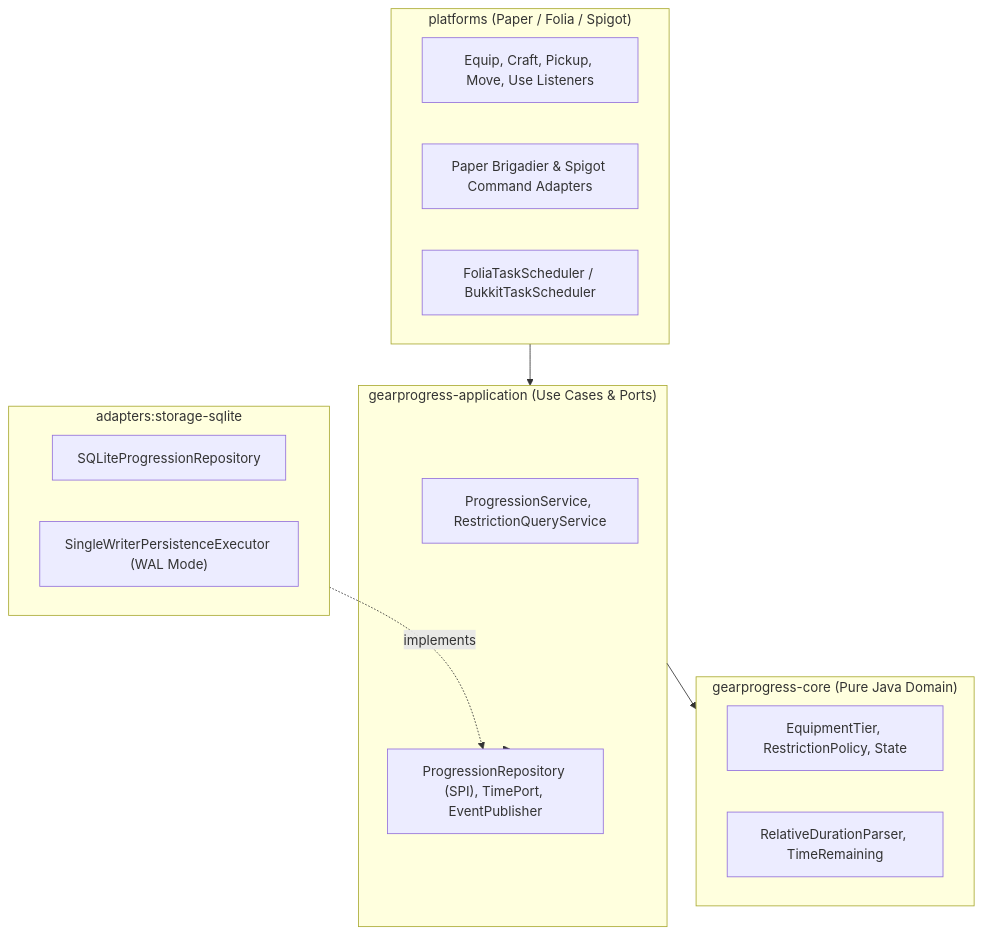
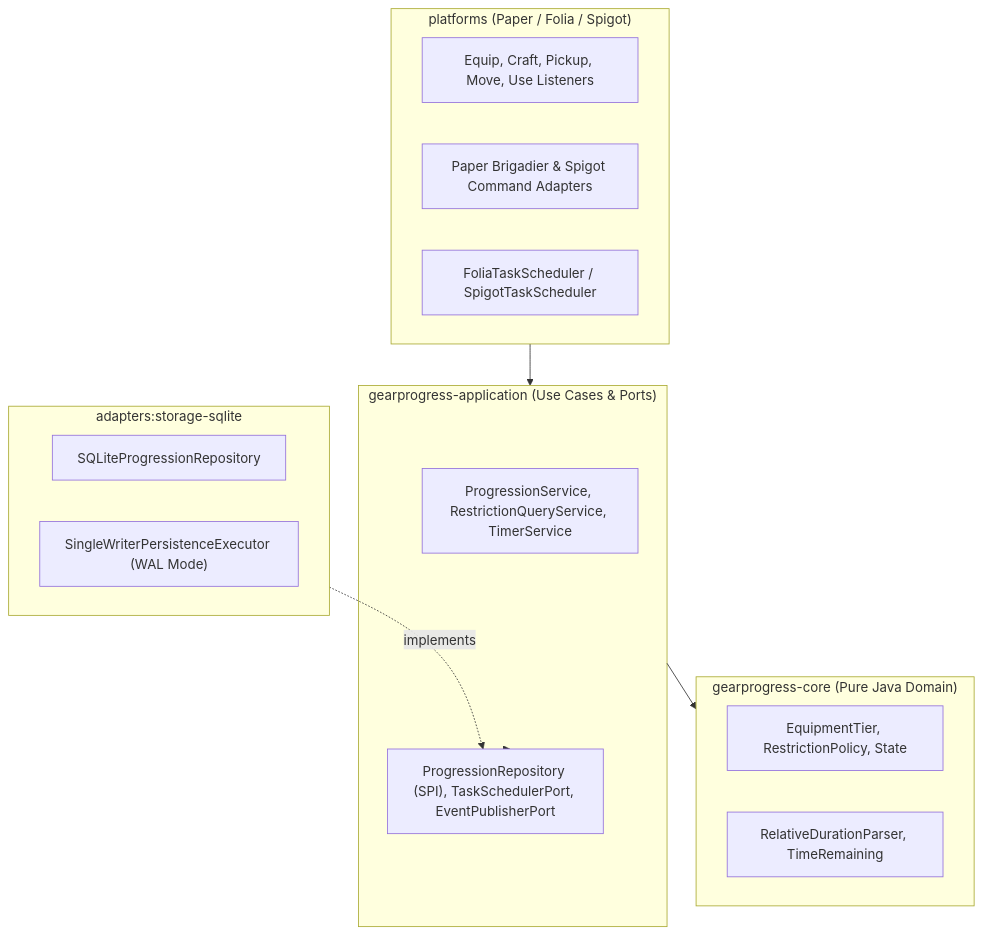
The diagram in README.md (kizio806/GearProgress), drawn with Mermaid before and after one commit. The commit also changed other lines of this file and 108 other files, not shown here.

````diff
--- a/README.md
+++ b/README.md
@@ -28,28 +55,28 @@
 ```mermaid
 flowchart TD
     subgraph Core ["gearprogress-core (Pure Java Domain)"]
         DomainModels["EquipmentTier, RestrictionPolicy, State"]
         TimeEngine["RelativeDurationParser, TimeRemaining"]
     end
 
     subgraph Application ["gearprogress-application (Use Cases & Ports)"]
-        Services["ProgressionService, RestrictionQueryService"]
-        Ports["ProgressionRepository (SPI), TimePort, EventPublisher"]
+        Services["ProgressionService, RestrictionQueryService, TimerService"]
+        Ports["ProgressionRepository (SPI), TaskSchedulerPort, EventPublisherPort"]
     end
 
     subgraph Adapters ["adapters:storage-sqlite"]
         SQLiteRepo["SQLiteProgressionRepository"]
         WALWriter["SingleWriterPersistenceExecutor (WAL Mode)"]
     end
 
     subgraph Platforms ["platforms (Paper / Folia / Spigot)"]
         BukkitListeners["Equip, Craft, Pickup, Move, Use Listeners"]
         BrigadierCommands["Paper Brigadier & Spigot Command Adapters"]
-        Scheduler["FoliaTaskScheduler / BukkitTaskScheduler"]
+        Scheduler["FoliaTaskScheduler / SpigotTaskScheduler"]
     end
 
     Platforms --> Application
     Application --> Core
     Application --> Ports
     Adapters -. implements .-> Ports
 ```
````
